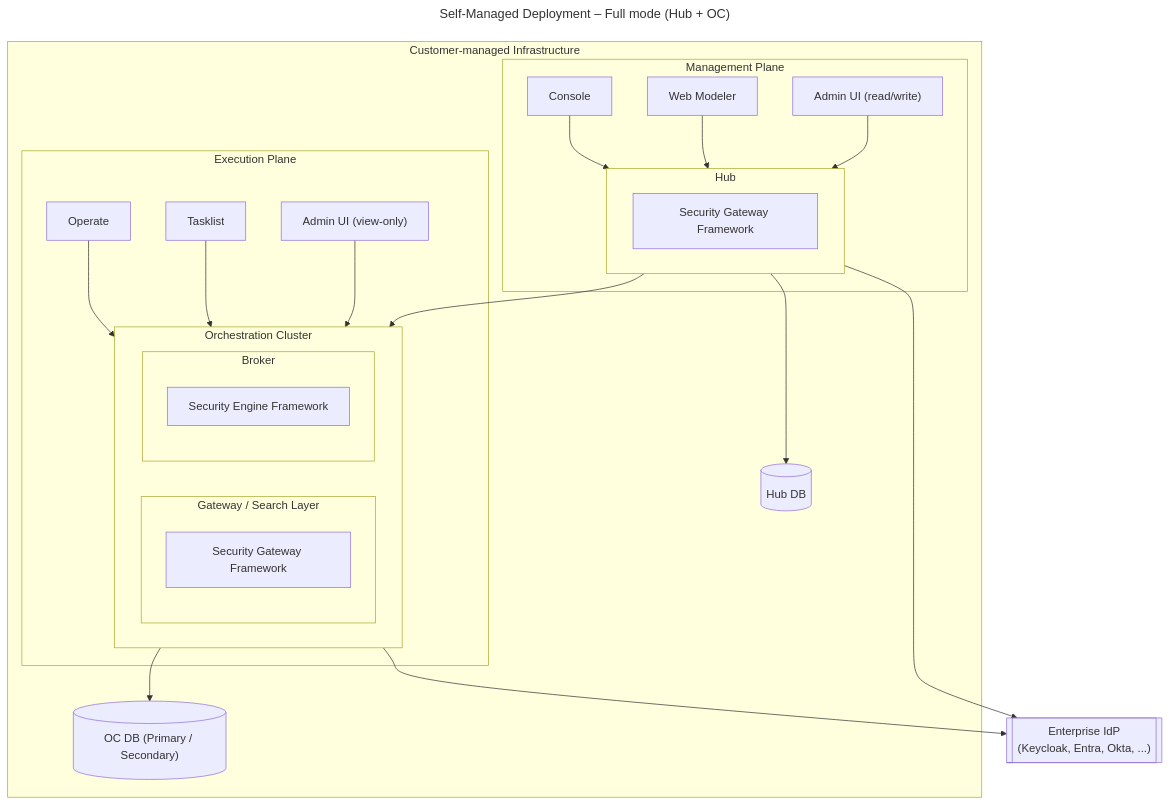
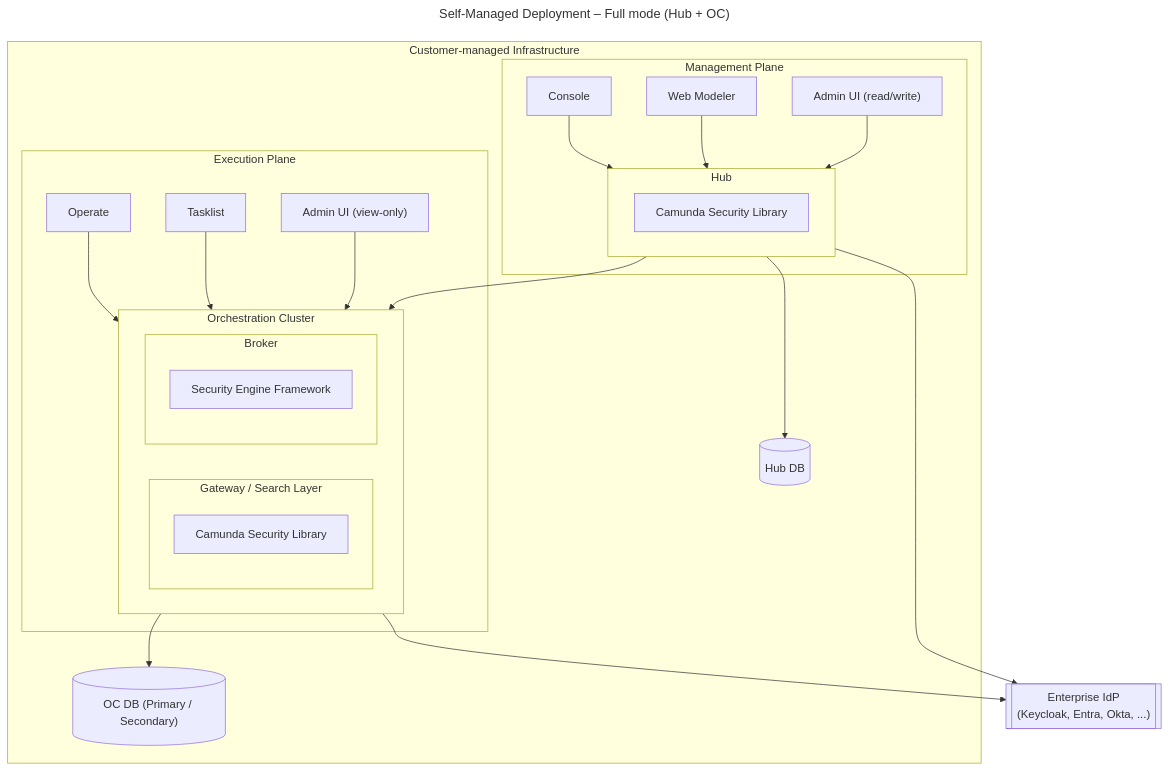
Diagram 20 of 22 in docs/architecture_docs.md (camunda/camunda-security-library), drawn with Mermaid before and after one commit. The commit also changed other lines of this file and 6 other files, not shown here.

````diff
--- a/docs/architecture_docs.md
+++ b/docs/architecture_docs.md
@@ -1711,47 +1709,47 @@
 ```mermaid
 ---
 title: Self-Managed Deployment – Full mode (Hub + OC)
 ---
 flowchart TB
   subgraph Customer["Customer-managed Infrastructure"]
     subgraph MgmtPlane["Management Plane"]
       Console["Console"]
       WebModeler["Web Modeler"]
       AdminHub["Admin UI (read/write)"]
 
       subgraph Hub["Hub"]
-        SecGatHub["Security Gateway Framework"]
+        SecGatHub["Camunda Security Library"]
       end
 
       Console & WebModeler & AdminHub --> Hub
     end
 
     subgraph Execution["Execution Plane"]
       Operate["Operate"]
       Tasklist["Tasklist"]
       AdminOC["Admin UI (view-only)"]
 
       subgraph OC["Orchestration Cluster"]
         subgraph GatewayLayer["Gateway / Search Layer"]
-          SecGatOC["Security Gateway Framework"]
+          SecGatOC["Camunda Security Library"]
         end
 
         subgraph Broker1["Broker"]
           SecEngFrame1["Security Engine Framework"]
         end
       end
 
       Operate & Tasklist & AdminOC --> OC
     end
 
     HubDB[("Hub DB")]
     OCDB[("OC DB (Primary / Secondary)")]
 
     Hub --> OC
     Hub --> HubDB
     OC --> OCDB
   end
 
   EnterpriseIdP[["Enterprise IdP</br>(Keycloak, Entra, Okta, ...)"]]
   Hub & OC --> EnterpriseIdP
 ```
````
